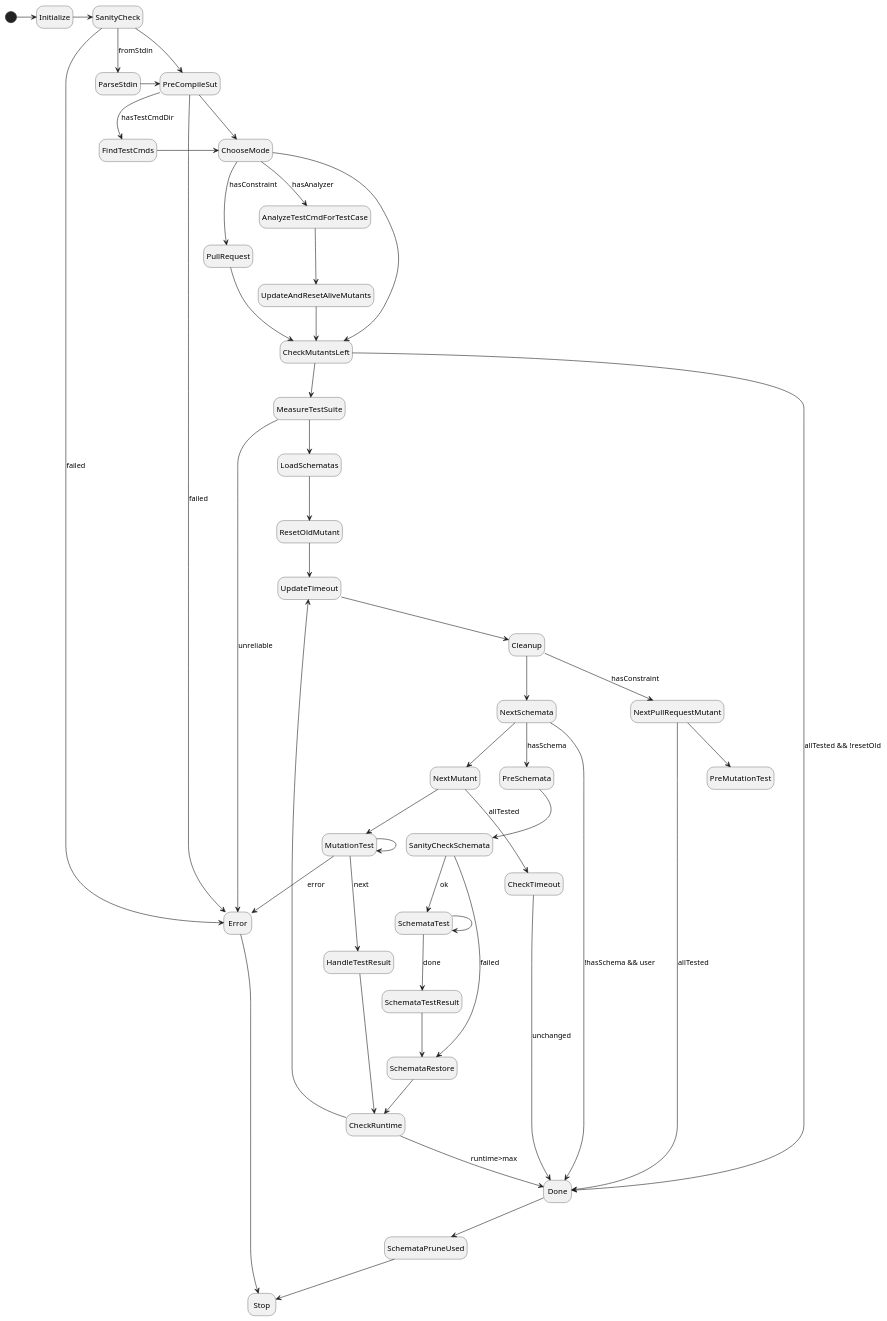
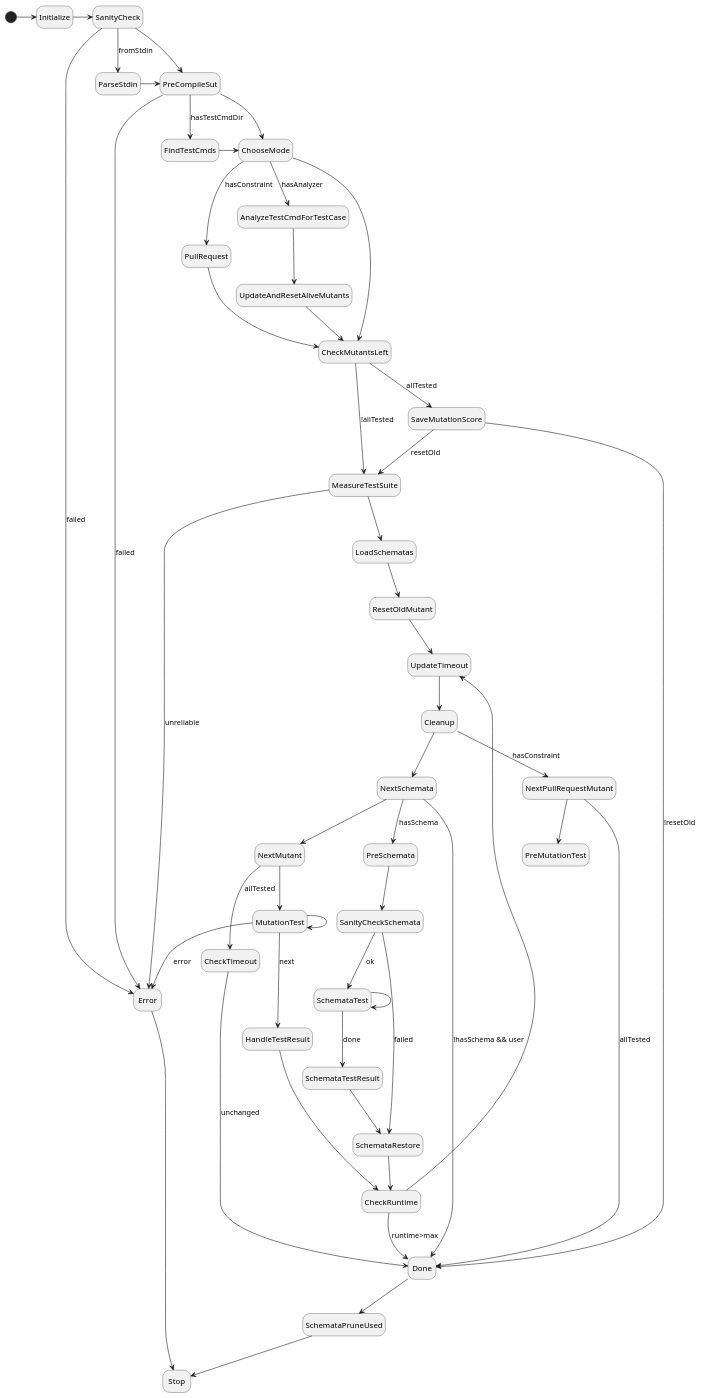
The diagram in plugin/mutate/doc/design/figures/test_mutant_fsm.pu (joakim-brannstrom/dextool), drawn with PlantUML before and after one commit. The commit also changed 14 other files, not shown here.

Commit message:
mutate: save the score each time all mutants has been tested

```diff
--- a/plugin/mutate/doc/design/figures/test_mutant_fsm.pu
+++ b/plugin/mutate/doc/design/figures/test_mutant_fsm.pu
@@ -1,76 +1,79 @@
 @startuml
 hide empty description
 
 [*] -> Initialize
 
 Initialize -> SanityCheck
 
 SanityCheck --> Error : failed
 SanityCheck --> ParseStdin : fromStdin
 SanityCheck -> PreCompileSut
 
 ParseStdin -> PreCompileSut
 
 PreCompileSut --> Error : failed
 PreCompileSut --> FindTestCmds : hasTestCmdDir
 PreCompileSut --> ChooseMode
 
 FindTestCmds -> ChooseMode
 
 ChooseMode --> AnalyzeTestCmdForTestCase : hasAnalyzer
 ChooseMode --> PullRequest : hasConstraint
 ChooseMode --> CheckMutantsLeft
 
 PullRequest -> CheckMutantsLeft
 
 AnalyzeTestCmdForTestCase --> UpdateAndResetAliveMutants
 
 UpdateAndResetAliveMutants --> CheckMutantsLeft
 
 UpdateTimeout --> Cleanup
 
 Cleanup --> NextSchemata
 Cleanup --> NextPullRequestMutant : hasConstraint
 
-CheckMutantsLeft --> Done : allTested && !resetOld
-CheckMutantsLeft --> MeasureTestSuite
+CheckMutantsLeft --> SaveMutationScore : allTested
+CheckMutantsLeft --> MeasureTestSuite : !allTested
+
+SaveMutationScore --> Done : !resetOld
+SaveMutationScore --> MeasureTestSuite : resetOld
 
 MeasureTestSuite --> Error : unreliable
 MeasureTestSuite --> LoadSchematas
 
 LoadSchematas --> ResetOldMutant
 
 ResetOldMutant --> UpdateTimeout
 
 CheckRuntime --> UpdateTimeout
 CheckRuntime --> Done : runtime>max
 
 NextPullRequestMutant --> PreMutationTest
 NextPullRequestMutant --> Done : allTested
 
 NextSchemata --> PreSchemata : hasSchema
 NextSchemata --> Done : !hasSchema && user
 NextSchemata --> NextMutant
 PreSchemata --> SanityCheckSchemata
 SanityCheckSchemata --> SchemataRestore : failed
 SanityCheckSchemata --> SchemataTest : ok
 SchemataTest --> SchemataTest
 SchemataTest --> SchemataTestResult : done
 SchemataTestResult --> SchemataRestore
 SchemataRestore --> CheckRuntime
 
 NextMutant --> CheckTimeout : allTested
 NextMutant --> MutationTest
 MutationTest --> HandleTestResult : next
 MutationTest --> Error : error
 MutationTest --> MutationTest
 
 HandleTestResult --> CheckRuntime
 
 CheckTimeout --> Done : unchanged
 
 Done --> SchemataPruneUsed
 SchemataPruneUsed --> Stop
 
 Error --> Stop
 @enduml
```
